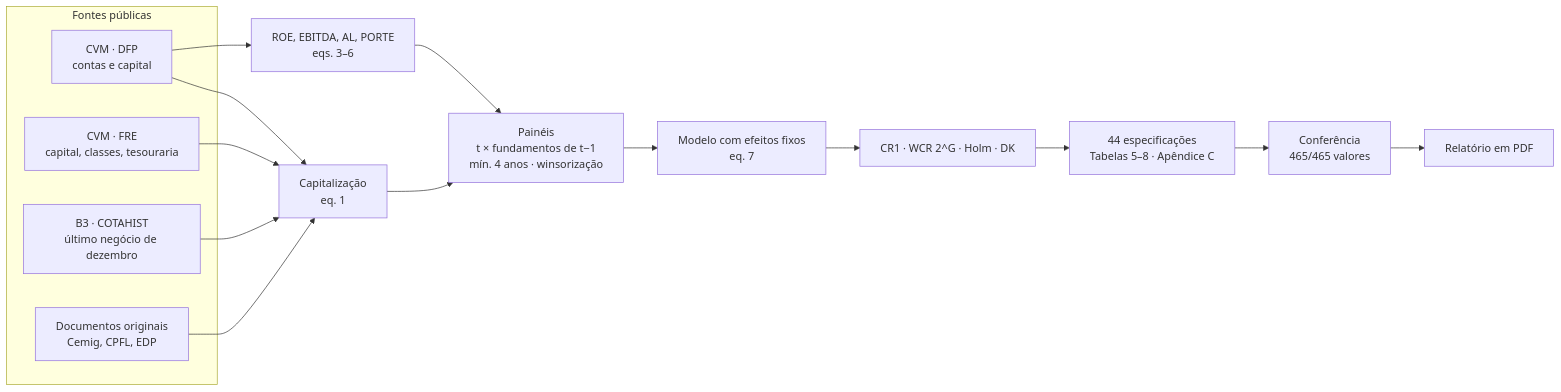
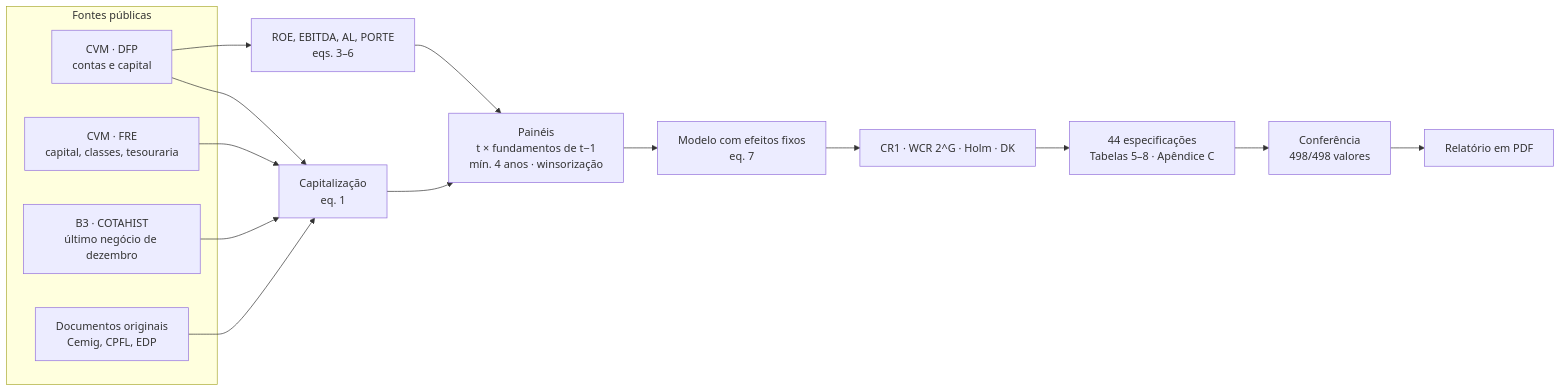
One commit to rodrigo-fontes/tcc-value-relevance-setor-eletrico changed the diagram in README.md. Above: the diagram before and after it, drawn with Mermaid. The commit also changed other lines of this file and 25 other files, not shown here.

````diff
--- a/README.md
+++ b/README.md
@@ -115,17 +115,17 @@
 ```mermaid
 flowchart LR
     subgraph Fontes públicas
         A1[CVM · DFP<br/>contas e capital]
         A2[CVM · FRE<br/>capital, classes, tesouraria]
         A3[B3 · COTAHIST<br/>último negócio de dezembro]
         A4[Documentos originais<br/>Cemig, CPFL, EDP]
     end
     A1 & A2 & A3 & A4 --> B[Capitalização<br/>eq. 1]
     A1 --> C[ROE, EBITDA, AL, PORTE<br/>eqs. 3–6]
     B & C --> D[Painéis<br/>t × fundamentos de t−1<br/>mín. 4 anos · winsorização]
     D --> E[Modelo com efeitos fixos<br/>eq. 7]
     E --> F[CR1 · WCR 2^G · Holm · DK]
     F --> G[44 especificações<br/>Tabelas 5–8 · Apêndice C]
-    G --> H[Conferência<br/>465/465 valores]
+    G --> H[Conferência<br/>498/498 valores]
     H --> I[Relatório em PDF]
 ```
````
